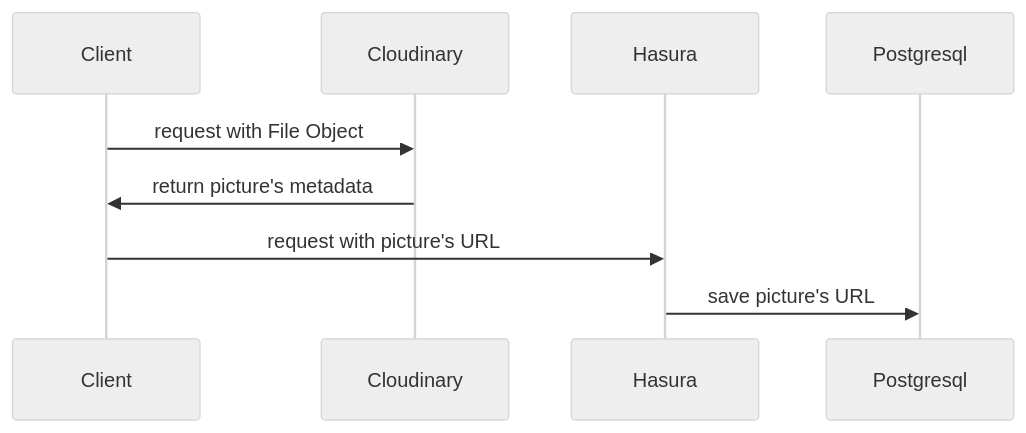
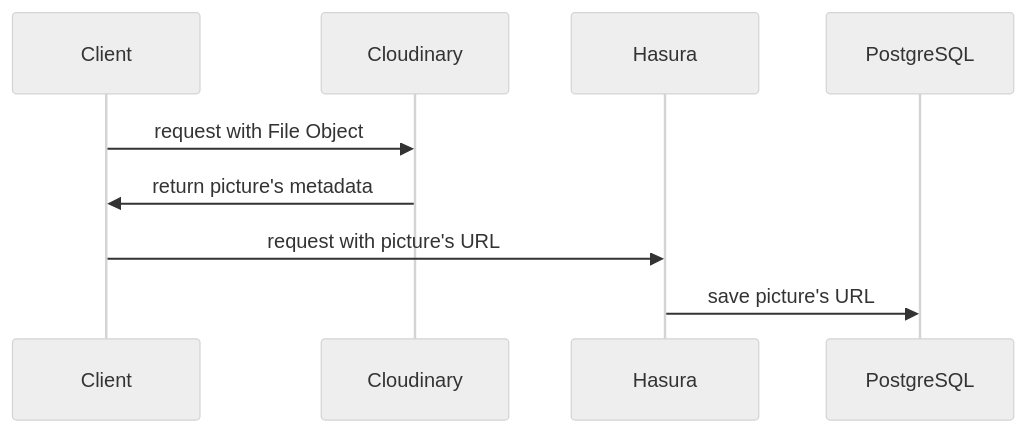
The diagram in README.md (shoma-mano/wedding-app), drawn with Mermaid (neutral theme) before and after one commit.

Commit message:
README.md更新

````diff
--- a/README.md
+++ b/README.md
@@ -31,7 +31,7 @@
 ```mermaid
 sequenceDiagram
 Client->>Cloudinary: request with File Object
 Cloudinary->>Client: return picture's metadata
 Client->>Hasura: request with picture's URL
-Hasura->>Postgresql: save picture's URL
+Hasura->>PostgreSQL: save picture's URL
 ```
````
